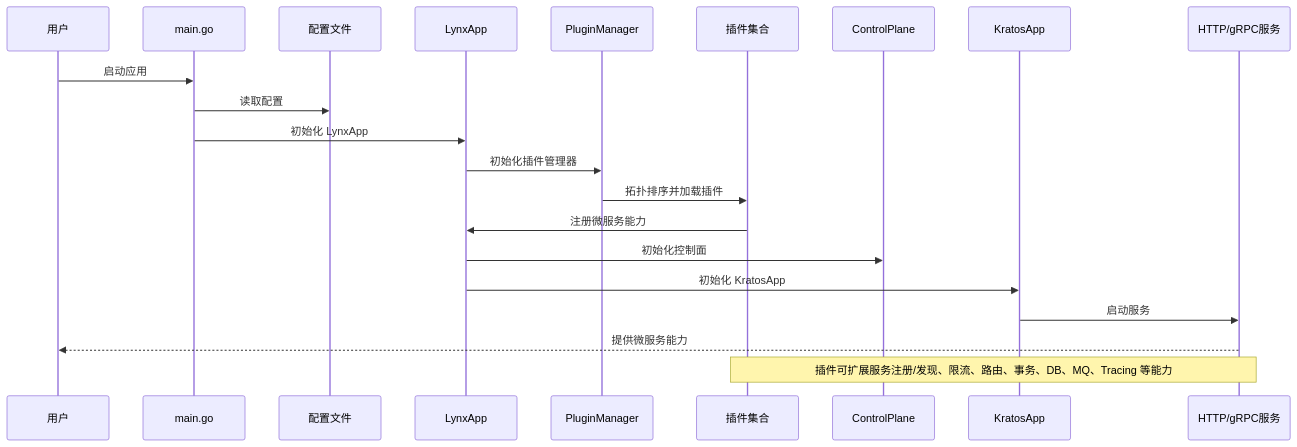
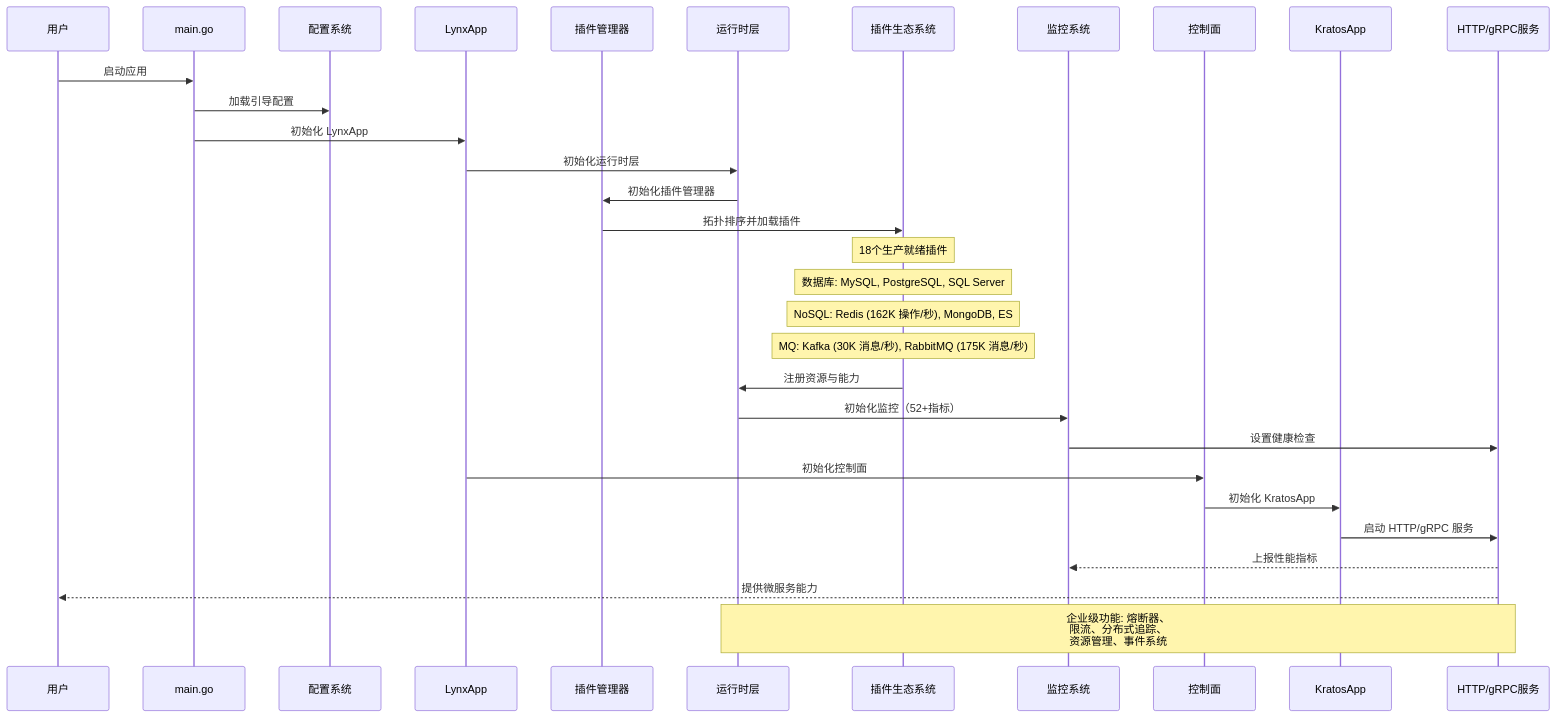
Before and after one commit to go-lynx/lynx.github.cn: the second of 2 diagrams in i18n/zh/docusaurus-plugin-content-docs/current/intro/04-arch.md, drawn with Mermaid. The commit also changed other lines of this file and 10 other files, not shown here.

````diff
--- a/i18n/zh/docusaurus-plugin-content-docs/current/intro/04-arch.md
+++ b/i18n/zh/docusaurus-plugin-content-docs/current/intro/04-arch.md
@@ -8,24 +72,39 @@
 ```mermaid
 sequenceDiagram
-  participant User as 用户
-  participant Main as main.go
-  participant Config as 配置文件
-  participant LynxApp as LynxApp
-  participant PluginMgr as PluginManager
-  participant Plugins as 插件集合
-  participant Control as ControlPlane
-  participant Kratos as KratosApp
-  participant Service as HTTP/gRPC服务
+    participant User as 用户
+    participant Main as main.go
+    participant Config as 配置系统
+    participant LynxApp as LynxApp
+    participant PluginMgr as 插件管理器
+    participant Runtime as 运行时层
+    participant Plugins as 插件生态系统
+    participant Monitor as 监控系统
+    participant Control as 控制面
+    participant Kratos as KratosApp
+    participant Service as HTTP/gRPC服务
 
-  User->>Main: 启动应用
-  Main->>Config: 读取配置
-  Main->>LynxApp: 初始化 LynxApp
-  LynxApp->>PluginMgr: 初始化插件管理器
-  PluginMgr->>Plugins: 拓扑排序并加载插件
-  Plugins->>LynxApp: 注册微服务能力
-  LynxApp->>Control: 初始化控制面
-  LynxApp->>Kratos: 初始化 KratosApp
-  Kratos->>Service: 启动服务
-  Service-->>User: 提供微服务能力
-  Note over Plugins,Service: 插件可扩展服务注册/发现、限流、路由、事务、DB、MQ、Tracing 等能力
+    User->>Main: 启动应用
+    Main->>Config: 加载引导配置
+    Main->>LynxApp: 初始化 LynxApp
+    LynxApp->>Runtime: 初始化运行时层
+    Runtime->>PluginMgr: 初始化插件管理器
+    PluginMgr->>Plugins: 拓扑排序并加载插件
+    
+    Note over Plugins: 18个生产就绪插件
+    Note over Plugins: 数据库: MySQL, PostgreSQL, SQL Server
+    Note over Plugins: NoSQL: Redis (162K 操作/秒), MongoDB, ES
+    Note over Plugins: MQ: Kafka (30K 消息/秒), RabbitMQ (175K 消息/秒)
+    
+    Plugins->>Runtime: 注册资源与能力
+    Runtime->>Monitor: 初始化监控（52+指标）
+    Monitor->>Service: 设置健康检查
+    
+    LynxApp->>Control: 初始化控制面
+    Control->>Kratos: 初始化 KratosApp
+    Kratos->>Service: 启动 HTTP/gRPC 服务
+    
+    Service-->>Monitor: 上报性能指标
+    Service-->>User: 提供微服务能力
+    
+    Note over Runtime,Service: 企业级功能: 熔断器、<br/>限流、分布式追踪、<br/>资源管理、事件系统
 ```
````
